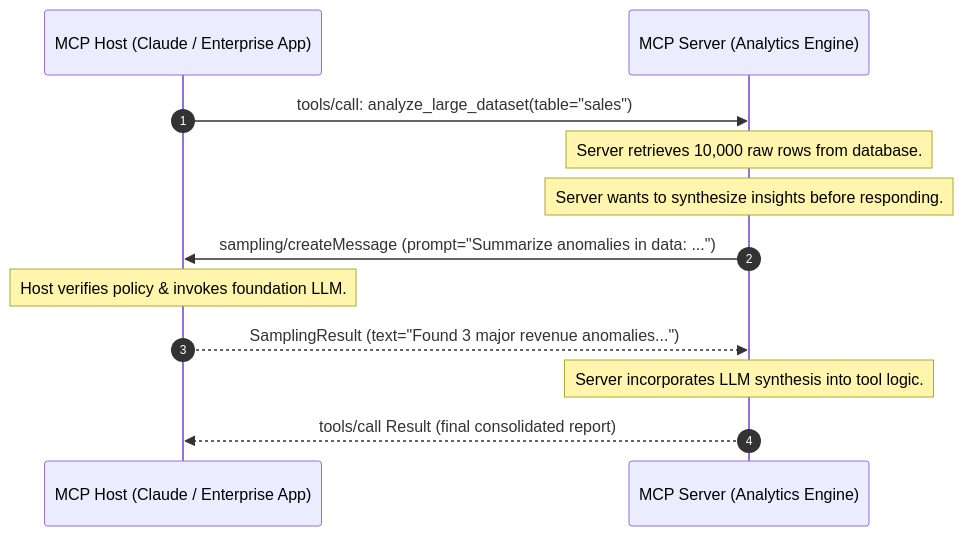
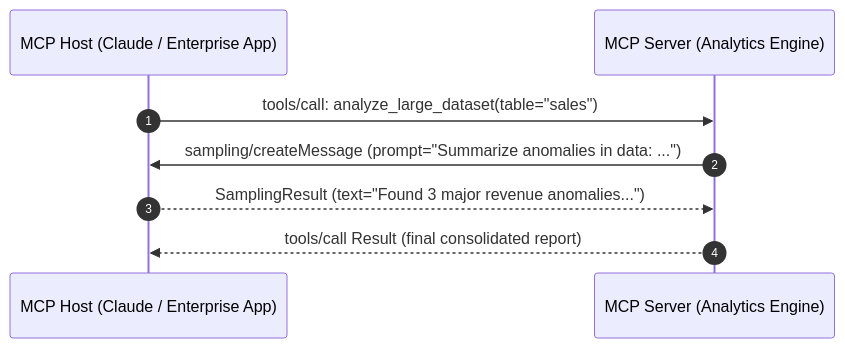
Before and after one commit to dip4k/senior-engineer-to-ai-engineer-roadmap: the fifth of 5 diagrams in 03-tools-and-model-context-protocol/README.md, drawn with Mermaid. The commit also changed other lines of this file and 39 other files, not shown here.

First line of the commit message:
Enhance use case documentation for Enterprise AI, including new architectural standards and resilience implementations

````diff
--- a/03-tools-and-model-context-protocol/README.md
+++ b/03-tools-and-model-context-protocol/README.md
@@ -438,15 +139,11 @@
 ```mermaid
 sequenceDiagram
     autonumber
     participant Host as MCP Host (Claude / Enterprise App)
     participant Server as MCP Server (Analytics Engine)
 
     Host->>Server: tools/call: analyze_large_dataset(table="sales")
-    Note over Server: Server retrieves 10,000 raw rows from database.
-    Note over Server: Server wants to synthesize insights before responding.
     Server->>Host: sampling/createMessage (prompt="Summarize anomalies in data: ...")
-    Note over Host: Host verifies policy & invokes foundation LLM.
     Host-->>Server: SamplingResult (text="Found 3 major revenue anomalies...")
-    Note over Server: Server incorporates LLM synthesis into tool logic.
     Server-->>Host: tools/call Result (final consolidated report)
 ```
````
